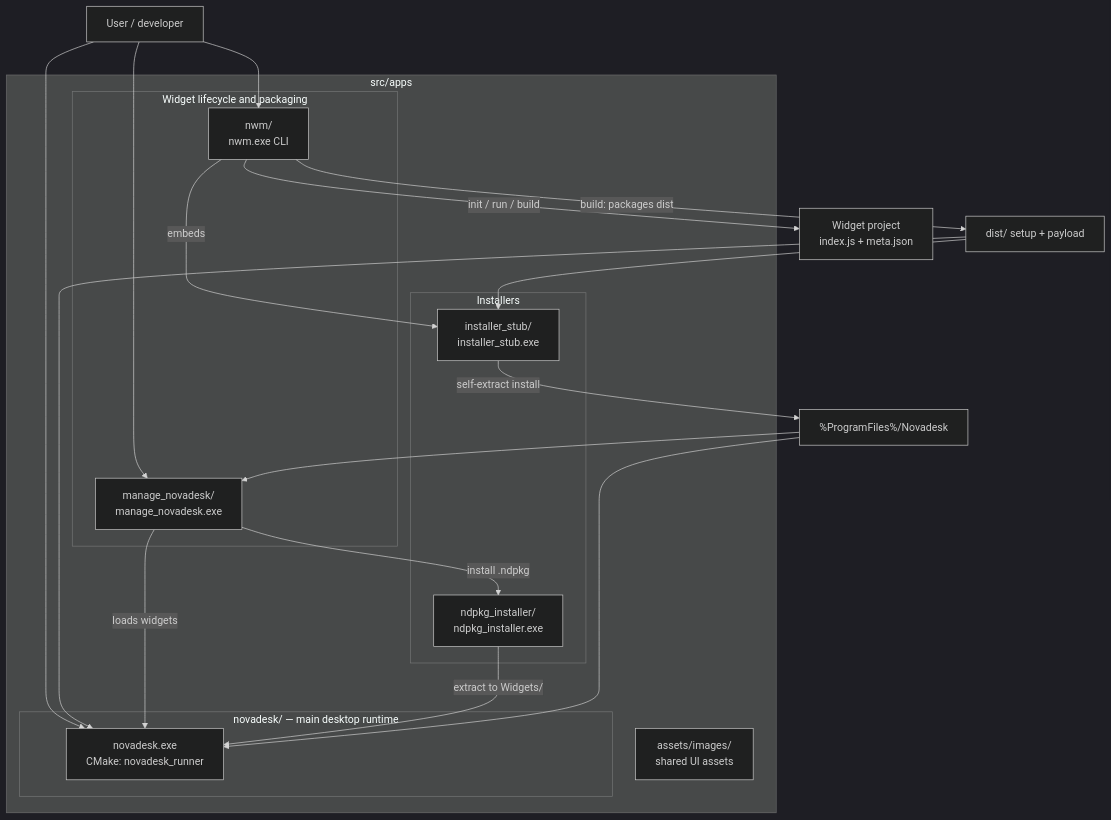
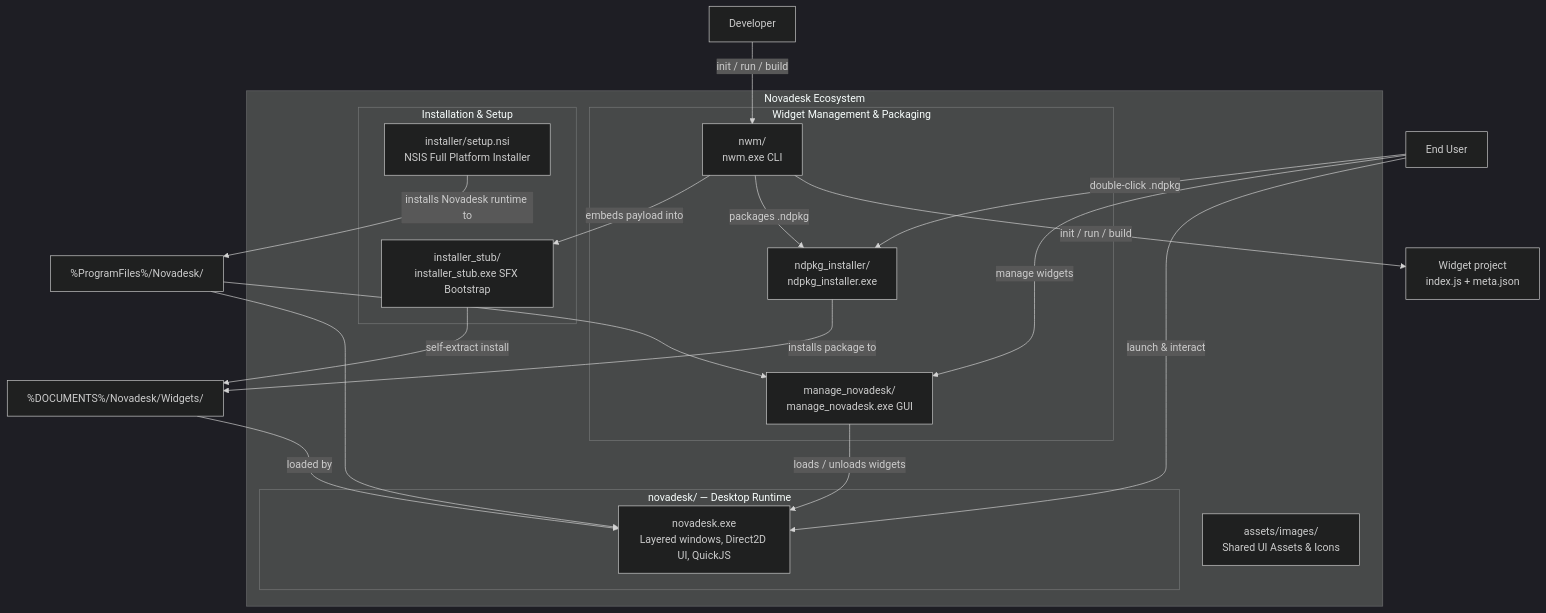
Before and after one commit to NSTechBytes/novadesk: the first of 5 diagrams in src/apps/ARCHITECTURE.md, drawn with Mermaid (dark theme). The commit also changed other lines of this file and 1 other file, not shown here.

Commit message:
feat(Architecture): enhance application ecosystem diagrams and clarify widget management flow

````diff
--- a/src/apps/ARCHITECTURE.md
+++ b/src/apps/ARCHITECTURE.md
@@ -7,38 +7,37 @@
 ```mermaid
 flowchart TB
-  subgraph src_apps ["src/apps"]
-    subgraph runtime ["novadesk/ — main desktop runtime"]
-      NovadeskExe["novadesk.exe<br/>CMake: novadesk_runner"]
+  subgraph apps ["Novadesk Ecosystem"]
+    subgraph runtime ["novadesk/ — Desktop Runtime"]
+      NovadeskExe["novadesk.exe<br/>Layered windows, Direct2D UI, QuickJS"]
     end
 
-    subgraph manager ["Widget lifecycle and packaging"]
+    subgraph manager ["Widget Management & Packaging"]
       Nwm["nwm/<br/>nwm.exe CLI"]
-      Manage["manage_novadesk/<br/>manage_novadesk.exe"]
-    end
-
-    subgraph install ["Installers"]
-      Stub["installer_stub/<br/>installer_stub.exe"]
+      Manage["manage_novadesk/<br/>manage_novadesk.exe GUI"]
       Ndpkg["ndpkg_installer/<br/>ndpkg_installer.exe"]
     end
 
-    Assets["assets/images/<br/>shared UI assets"]
+    subgraph install ["Installation & Setup"]
+      Nsis["installer/setup.nsi<br/>NSIS Full Platform Installer"]
+      Stub["installer_stub/<br/>installer_stub.exe SFX Bootstrap"]
+    end
+
+    Assets["assets/images/<br/>Shared UI Assets & Icons"]
   end
 
-  User["User / developer"] --> Nwm
-  User --> Manage
-  User --> NovadeskExe
+  Dev["Developer"] -->|"init / run / build"| Nwm
+  User["End User"] -->|"manage widgets"| Manage
+  User -->|"launch & interact"| NovadeskExe
+  User -->|"double-click .ndpkg"| Ndpkg
 
   Nwm -->|"init / run / build"| WidgetSrc["Widget project<br/>index.js + meta.json"]
-  Nwm -->|"build: packages dist"| Dist["dist/ setup + payload"]
-  Nwm -->|"embeds"| Stub
-  Dist --> Stub
-  Dist --> NovadeskExe
-
-  Manage -->|"loads widgets"| NovadeskExe
-  Manage -->|"install .ndpkg"| Ndpkg
-  Ndpkg -->|"extract to Widgets/"| NovadeskExe
-
-  Stub -->|"self-extract install"| Installed["%ProgramFiles%/Novadesk"]
-  Installed --> NovadeskExe
-  Installed --> Manage
+  Nwm -->|"packages .ndpkg"| Ndpkg
+  Nwm -->|"embeds payload into"| Stub
+  Stub -->|"self-extract install"| WidgetsDir["%DOCUMENTS%/Novadesk/Widgets/"]
+  Ndpkg -->|"installs package to"| WidgetsDir
+  Nsis -->|"installs Novadesk runtime to"| ProgramFiles["%ProgramFiles%/Novadesk/"]
+  ProgramFiles --> NovadeskExe
+  ProgramFiles --> Manage
+  WidgetsDir -->|"loaded by"| NovadeskExe
+  Manage -->|"loads / unloads widgets"| NovadeskExe
 ```
````
